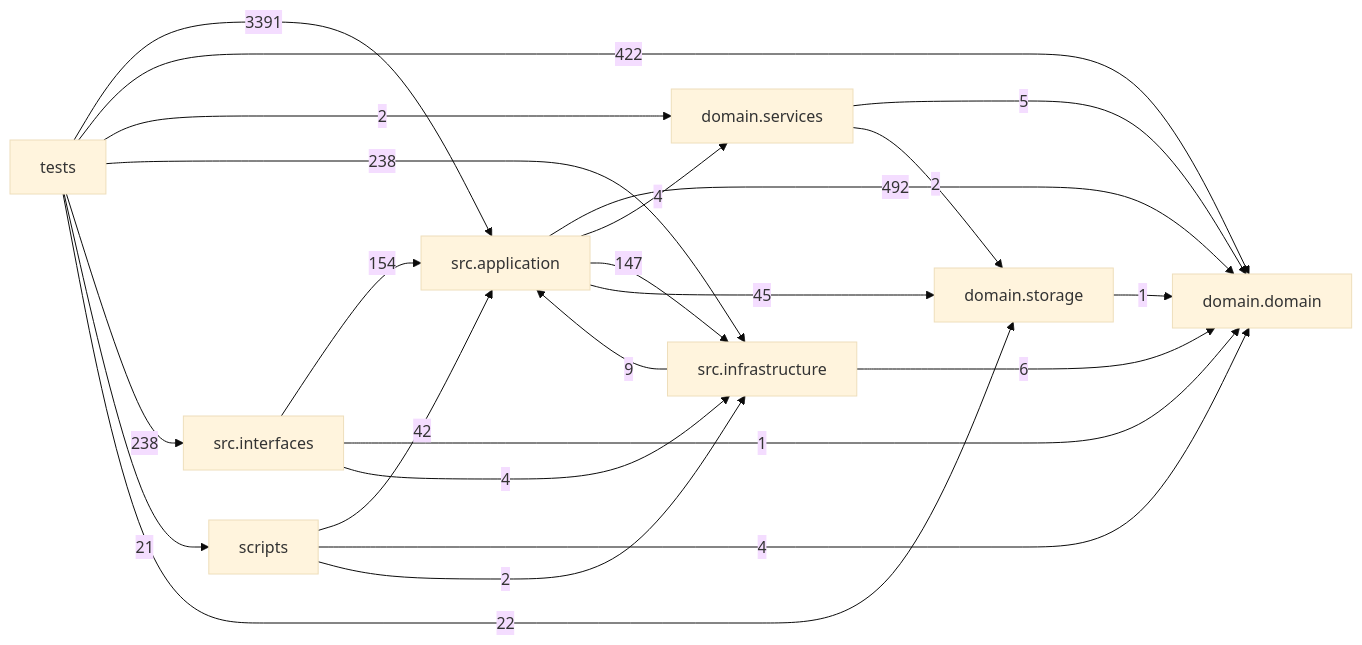
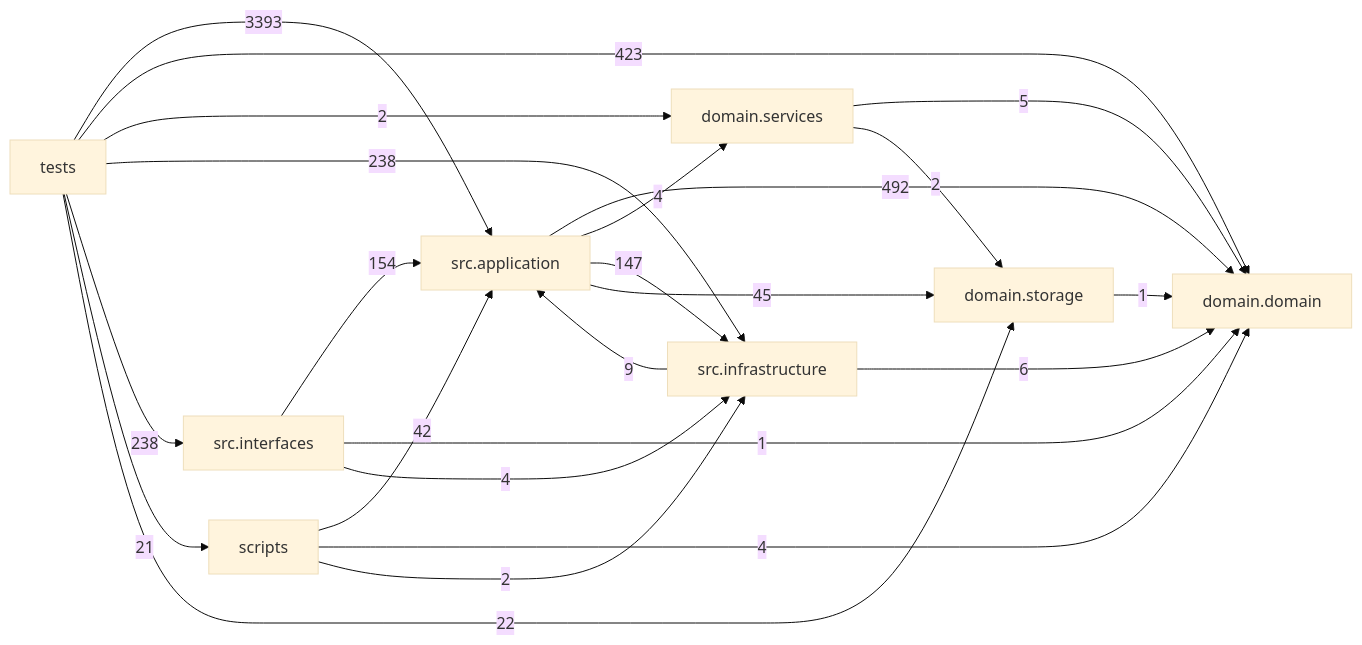
Before and after one commit to liuxie066/options-monitor: the diagram in docs/DEPENDENCY_GRAPH.md, drawn with Mermaid (base theme). The commit also changed other lines of this file and 5 other files, not shown here.

````diff
--- a/docs/DEPENDENCY_GRAPH.md
+++ b/docs/DEPENDENCY_GRAPH.md
@@ -24,33 +24,33 @@
 ```mermaid
 flowchart LR
   tests["tests"]
   scripts["scripts"]
   interfaces["src.interfaces"]
   application["src.application"]
   infrastructure["src.infrastructure"]
   domain_services["domain.services"]
   domain["domain.domain"]
   storage["domain.storage"]
   application -->|492| domain
   application -->|4| domain_services
   application -->|147| infrastructure
   application -->|45| storage
   domain_services -->|5| domain
   domain_services -->|2| storage
   infrastructure -->|9| application
   infrastructure -->|6| domain
   interfaces -->|154| application
   interfaces -->|1| domain
   interfaces -->|4| infrastructure
   scripts -->|42| application
   scripts -->|4| domain
   scripts -->|2| infrastructure
   storage -->|1| domain
-  tests -->|3391| application
-  tests -->|422| domain
+  tests -->|3393| application
+  tests -->|423| domain
   tests -->|2| domain_services
   tests -->|238| infrastructure
   tests -->|238| interfaces
   tests -->|21| scripts
   tests -->|22| storage
 ```
````
